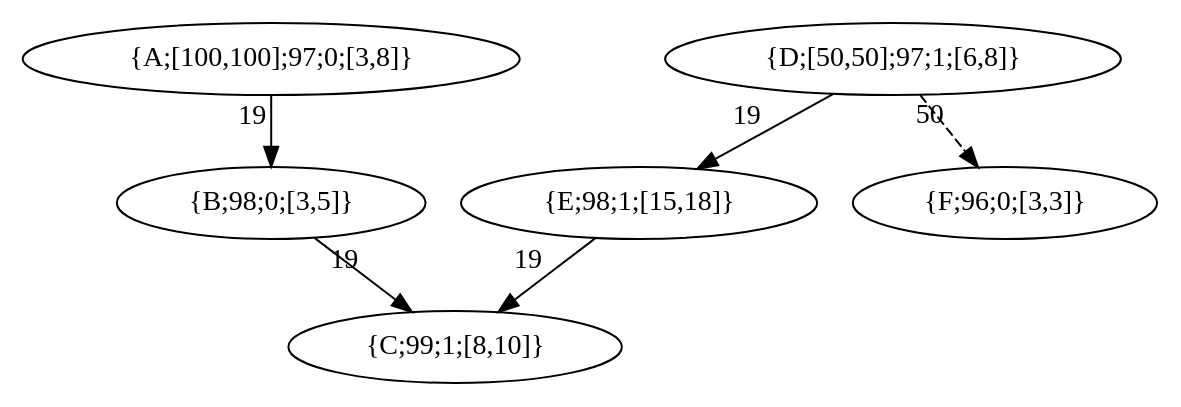
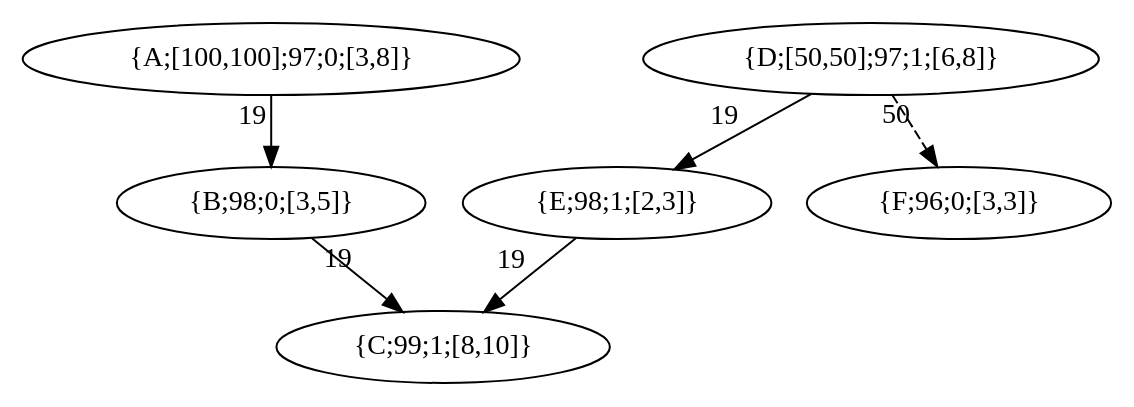
The diagram in example/common.dot (kevindadi/PPTPN), drawn with Graphviz before and after one commit. The commit also changed 4 other files, not shown here.

First line of the commit message:
Update common.dot labels, enhance priority state graph initialization, and refine logging in TDG

```diff
--- a/example/common.dot
+++ b/example/common.dot
@@ -1,13 +1,13 @@
 digraph G {
     A [label = "{A;[100,100];97;0;[3,8]}";];
     A -> B [xlabel = "19"; style = "";];
     B [label = "{B;98;0;[3,5]}";];
     B -> C [xlabel = "19"; style = "";];
     C [label = "{C;99;1;[8,10]}";];
     D [label = "{D;[50,50];97;1;[6,8]}";];
     D -> E [xlabel = "19"; style = "";];
-    E [label = "{E;98;1;[15,18]}";];
+    E [label = "{E;98;1;[2,3]}";];
     E -> C [xlabel = "19"; style = "";];
     D -> F [xlabel = "50"; style = "dashed";];
     F [label = "{F;96;0;[3,3]}";];
 }
```
